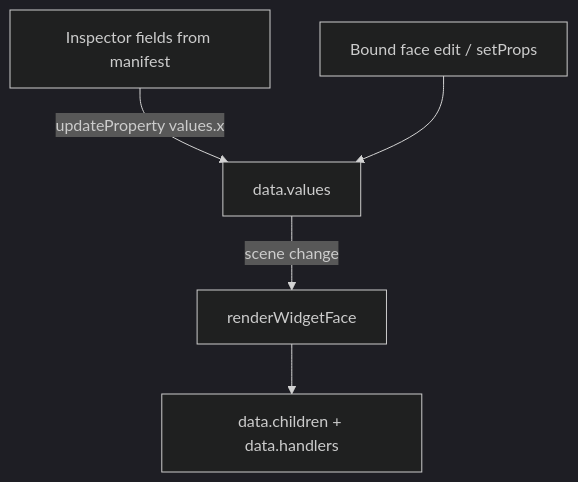
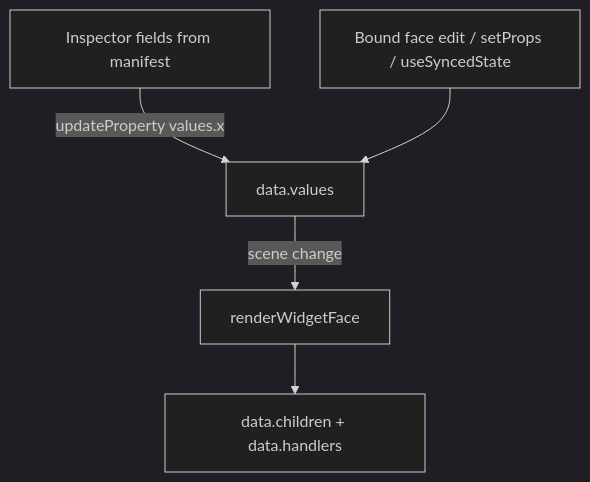
Before and after one commit to openenvx/editor: the fourth of 4 diagrams in docs/architecture/widget-bridge.md, drawn with Mermaid (dark theme). The commit also changed other lines of this file and 62 other files, not shown here.

````diff
--- a/docs/architecture/widget-bridge.md
+++ b/docs/architecture/widget-bridge.md
@@ -66,7 +117,7 @@
 ```mermaid
 flowchart TB
   Inspector["Inspector fields from manifest"] -->|"updateProperty values.x"| Values["data.values"]
-  Bind["Bound face edit / setProps"] --> Values
+  Bind["Bound face edit / setProps / useSyncedState"] --> Values
   Values -->|"scene change"| Refresh["renderWidgetFace"]
   Refresh --> Face["data.children + data.handlers"]
 ```
````
